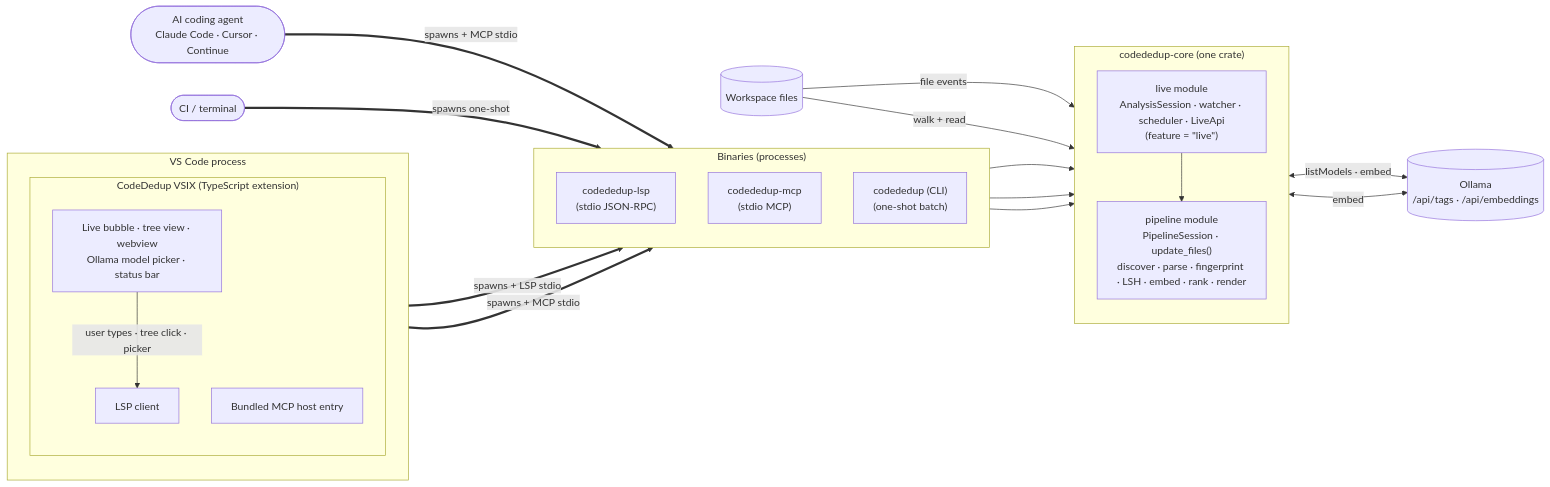
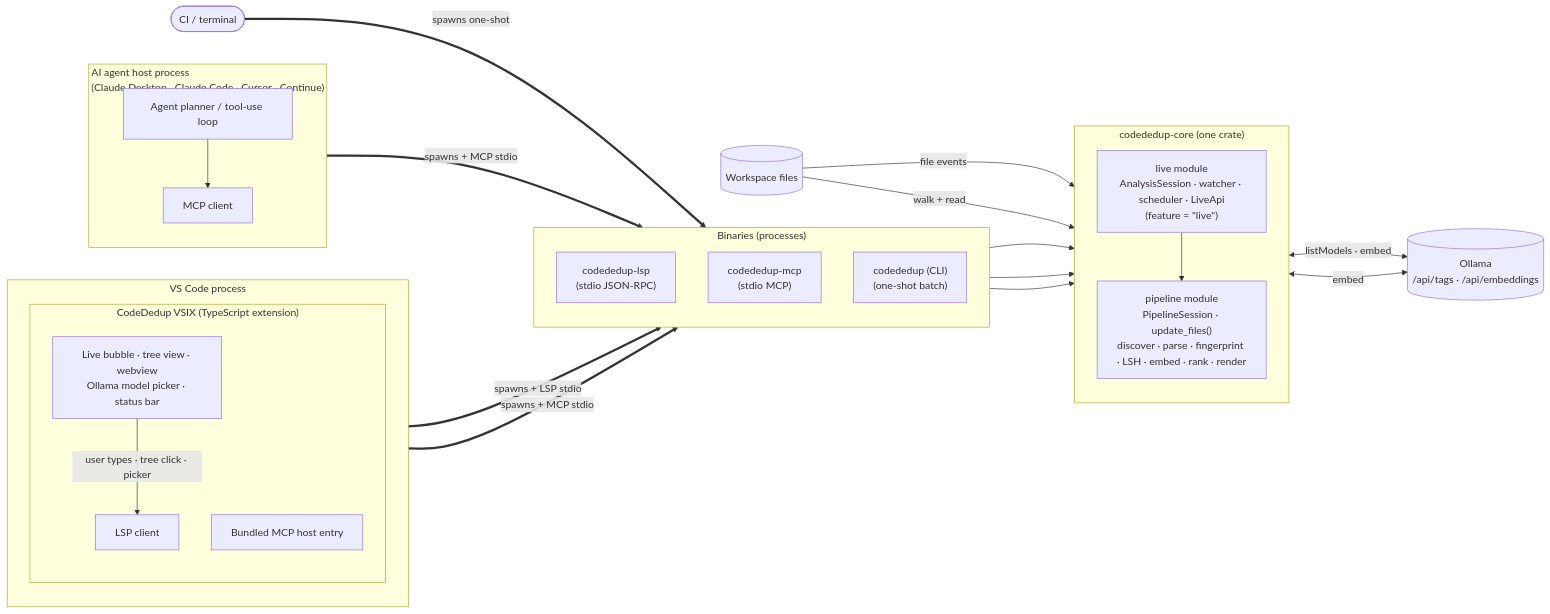
Before and after one commit to Nimblesite/Deslop: the diagram in docs/specs/live.md, drawn with Mermaid. The commit also changed 10 other files, not shown here.

````diff
--- a/docs/specs/live.md
+++ b/docs/specs/live.md
@@ -20,49 +20,55 @@
 ```mermaid
 flowchart LR
-    Agent(["AI coding agent<br/>Claude Code · Cursor · Continue"])
     CI(["CI / terminal"])
 
     subgraph VSCode["VS Code process"]
         direction TB
         subgraph VSIX["CodeDedup VSIX (TypeScript extension)"]
             direction TB
             UI["Live bubble · tree view · webview<br/>Ollama model picker · status bar"]
             LspClient["LSP client"]
             McpHost["Bundled MCP host entry"]
         end
+    end
+
+    subgraph AgentHost["AI agent host process<br/>(Claude Desktop · Claude Code · Cursor · Continue)"]
+        direction TB
+        AgentLoop["Agent planner / tool-use loop"]
+        McpClient["MCP client"]
+        AgentLoop --> McpClient
     end
 
     subgraph Binaries["Binaries (processes)"]
         direction TB
         LspBin["codededup-lsp<br/>(stdio JSON-RPC)"]
         McpBin["codededup-mcp<br/>(stdio MCP)"]
         CliBin["codededup (CLI)<br/>(one-shot batch)"]
     end
 
     subgraph CoreCrate["codededup-core (one crate)"]
         direction TB
         Live["live module<br/>AnalysisSession · watcher · scheduler · LiveApi<br/>(feature = &quot;live&quot;)"]
         Pipeline["pipeline module<br/>PipelineSession · update_files()<br/>discover · parse · fingerprint · LSH · embed · rank · render"]
         Live --> Pipeline
     end
 
     Workspace[(Workspace files)]
     Ollama[(Ollama<br/>/api/tags · /api/embeddings)]
 
     UI -- "user types · tree click · picker" --> LspClient
     LspClient == "spawns + LSP stdio" ==> LspBin
     McpHost == "spawns + MCP stdio" ==> McpBin
 
-    Agent == "spawns + MCP stdio" ==> McpBin
+    McpClient == "spawns + MCP stdio" ==> McpBin
     CI == "spawns one-shot" ==> CliBin
 
     LspBin --> Live
     McpBin --> Live
     CliBin --> Pipeline
 
     Workspace -- "file events" --> Live
     Workspace -- "walk + read" --> Pipeline
 
     Live <-- "listModels · embed" --> Ollama
     Pipeline <-- "embed" --> Ollama
 ```
````
